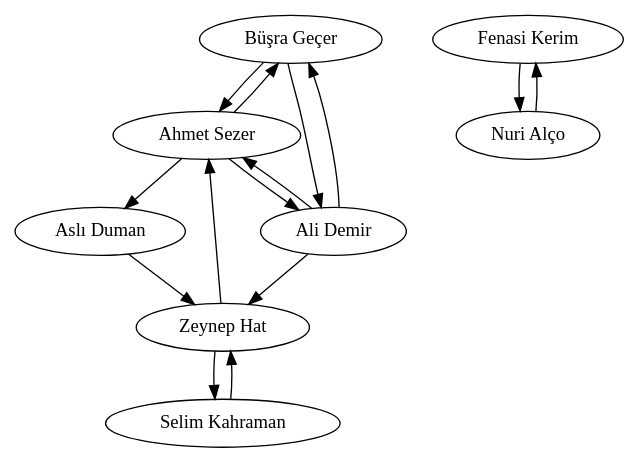
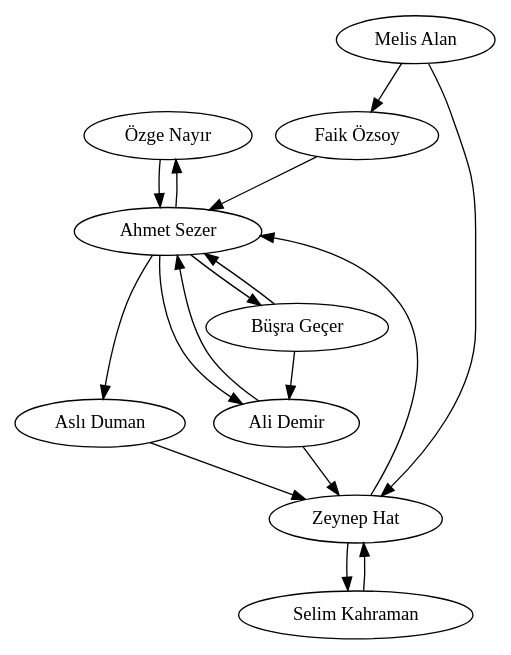
One commit to 5l1v3r1/SNAnalyzer changed the diagram in out/example_network.gv. Above: the diagram before and after it, drawn with Graphviz. The commit also changed 5 other files, not shown here.

```diff
--- a/out/example_network.gv
+++ b/out/example_network.gv
@@ -1,24 +1,27 @@
 digraph {
-	krr [label="Büşra Geçer"]
-	ukq [label="Ahmet Sezer"]
-	rvo [label="Fenasi Kerim"]
-	ska [label="Nuri Alço"]
-	jbp [label="Zeynep Hat"]
-	neg [label="Aslı Duman"]
-	vdz [label="Ali Demir"]
-	vax [label="Selim Kahraman"]
-		krr -> ukq
-		krr -> vdz
-		ukq -> neg
-		ukq -> krr
-		ukq -> vdz
-		rvo -> ska
-		ska -> rvo
-		jbp -> vax
-		jbp -> ukq
-		neg -> jbp
-		vdz -> krr
-		vdz -> jbp
-		vdz -> ukq
-		vax -> jbp
+	rcg [label="Özge Nayır"]
+	mhv [label="Ahmet Sezer"]
+	vyd [label="Zeynep Hat"]
+	rib [label="Selim Kahraman"]
+	tzk [label="Aslı Duman"]
+	idz [label="Faik Özsoy"]
+	lhf [label="Ali Demir"]
+	bko [label="Büşra Geçer"]
+	vaw [label="Melis Alan"]
+		rcg -> mhv
+		mhv -> tzk
+		mhv -> bko
+		mhv -> lhf
+		mhv -> rcg
+		vyd -> rib
+		vyd -> mhv
+		rib -> vyd
+		tzk -> vyd
+		idz -> mhv
+		lhf -> vyd
+		lhf -> mhv
+		bko -> mhv
+		bko -> lhf
+		vaw -> vyd
+		vaw -> idz
 }
```
